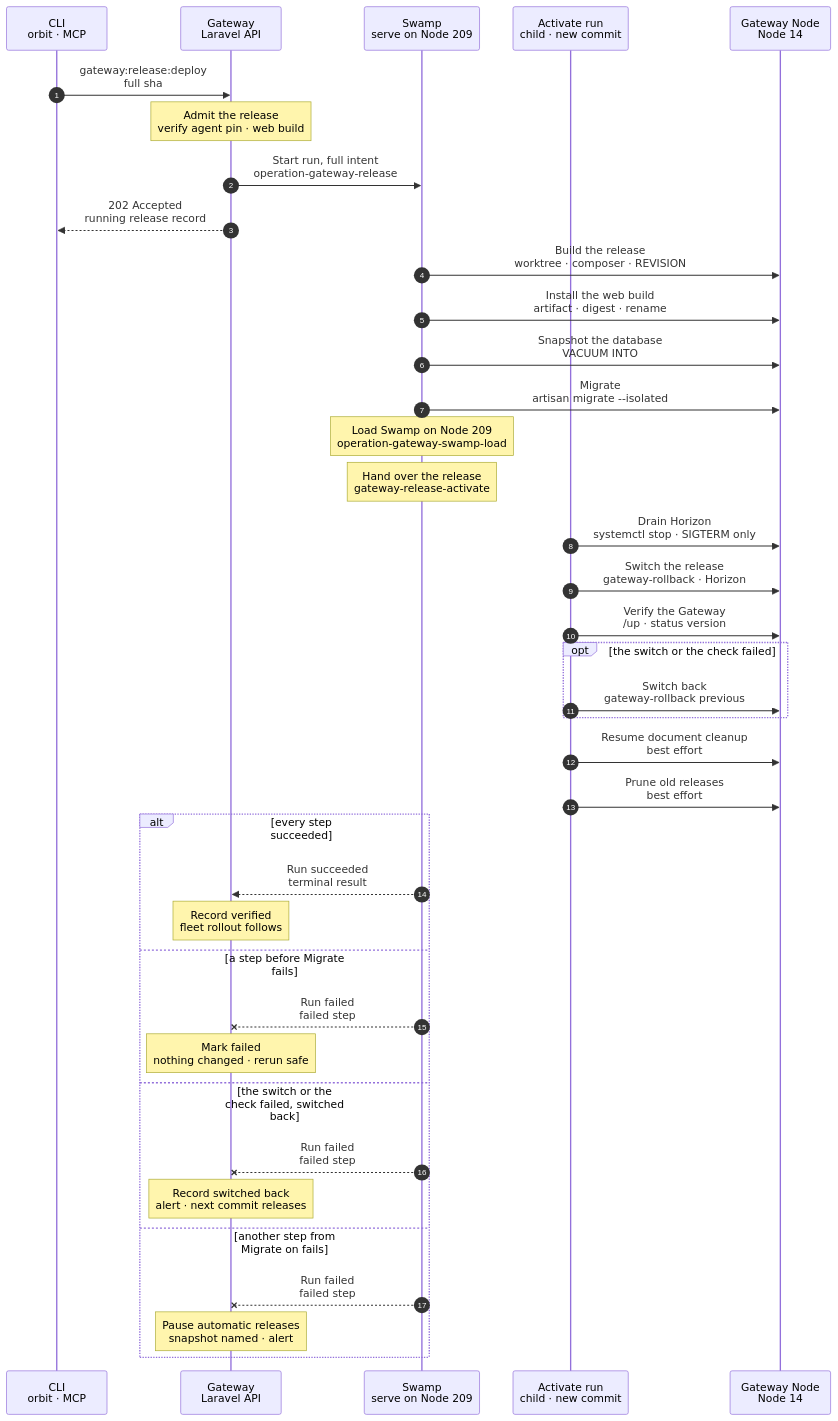
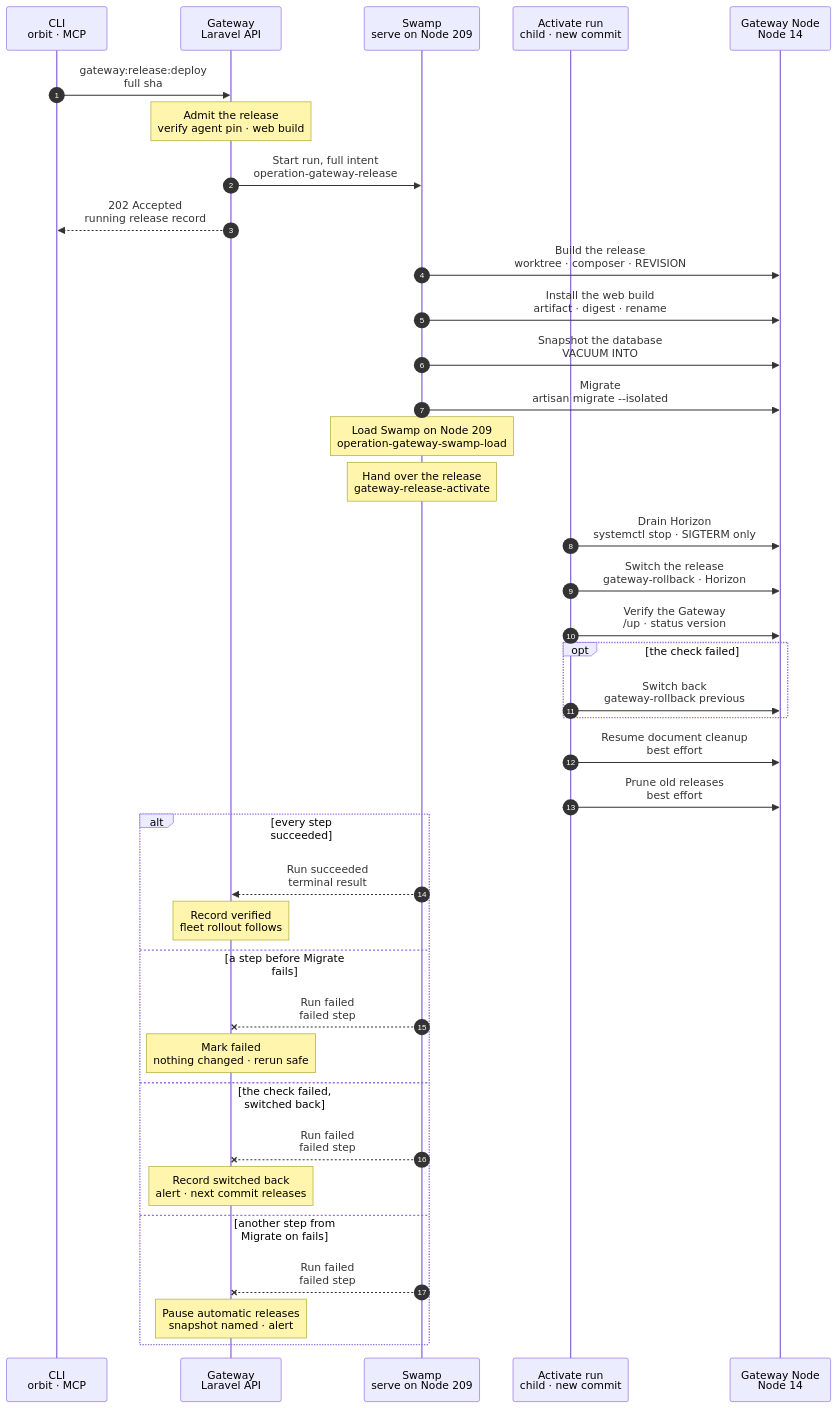
One commit to hardimpactdev/orbit changed the diagram in docs/cli/gateway/release-deploy.mmd. Above: the diagram before and after it, drawn with Mermaid. The commit also changed 6 other files, not shown here.

Commit message:
fix(gateway): the switch-back marks the run, since the Gateway reads only the parent step's failure

```diff
--- a/docs/cli/gateway/release-deploy.mmd
+++ b/docs/cli/gateway/release-deploy.mmd
@@ -1,72 +1,72 @@
 sequenceDiagram
   %% Target design: docs/reference/feature-flow.md section 6, one Swamp workflow per Gateway release, manual or automatic.
-  %% A failed switch or check switches back; migrations are expand and contract. docs/reference/gateway-recovery.md#release-as-a-swamp-run.
+  %% A failed check switches back; migrations are expand and contract. docs/reference/gateway-recovery.md#release-as-a-swamp-run.
   %% status: reviewed
   %% command: gateway:release:deploy
   %% kind: gateway.release
   %% behavior name: gateway-release-<step>-209 (fixed)
   autonumber
   %% lane TR icon=terminal pill=caller tone=gray
   %% lane GW icon=gateway pill=intent tone=blue
   %% lane SW icon=workflow pill=executes tone=green
   %% lane AC icon=workflow pill=child tone=green
   %% lane GN icon=server pill=target tone=amber
   participant TR as CLI<br/>orbit · MCP
   participant GW as Gateway<br/>Laravel API
   participant SW as Swamp<br/>serve on Node 209
   participant AC as Activate run<br/>child · new commit
   participant GN as Gateway Node<br/>Node 14
   TR->>GW: gateway:release:deploy<br/>full sha
   %%> Command:
   %%> - `orbit gateway:release:deploy <full sha>`; the automatic tick admits the newest green commit the same way
   Note over GW: Admit the release<br/>verify agent pin · web build
   %%> Requirements:
   %%> - the full commit; no other release queued or running; no staged hold
   %%> - the agent pin passes its Sigstore check; CI published the commit's web build
   %%> Result:
   %%> - a running release record; the pin, artifact, Horizon unit and SSH targets frozen as inputs
   GW->>SW: Start run, full intent<br/>operation-gateway-release
   %%> What it does:
   %%> - at run start, mints one read token (contents, actions) into the vault
   GW-->>TR: 202 Accepted<br/>running release record
   SW->>GN: Build the release<br/>worktree · composer · REVISION
   %%> What it does:
   %%> - fetches the commit, refuses one that does not descend from the current release
   %%> - links shared env and storage, installs dependencies, seals with `REVISION` and a cached config
   %%> - a sealed release of the commit is reused
   SW->>GN: Install the web build<br/>artifact · digest · rename
   SW->>GN: Snapshot the database<br/>VACUUM INTO
   SW->>GN: Migrate<br/>artisan migrate --isolated
   %%> On failure:
   %%> - from here until the switch, the release pauses with the old release live
   Note over SW: Load Swamp on Node 209<br/>operation-gateway-swamp-load
   %%> What it does:
   %%> - the load child: checkout, grants the new release rendered, serve reload
   Note over SW: Hand over the release<br/>gateway-release-activate
   %%> Why:
   %%> - the child runs from the definition the load installed, so the switch runs the new commit's steps
   AC->>GN: Drain Horizon<br/>systemctl stop · SIGTERM only
   AC->>GN: Switch the release<br/>gateway-rollback · Horizon
   %%> Why:
   %%> - the same script an operator rolls back with: links, PHP-FPM reload, running services restart
   AC->>GN: Verify the Gateway<br/>/up · status version
-  opt the switch or the check failed
+  opt the check failed
     AC->>GN: Switch back<br/>gateway-rollback previous
   end
   AC->>GN: Resume document cleanup<br/>best effort
   %%> Why:
   %%> - the scheduler restart paused the release cleanups; one that stays paused never fails the release
   AC->>GN: Prune old releases<br/>best effort
   alt every step succeeded
     SW-->>GW: Run succeeded<br/>terminal result
     Note over GW: Record verified<br/>fleet rollout follows
   else a step before Migrate fails
     SW--xGW: Run failed<br/>failed step
     Note over GW: Mark failed<br/>nothing changed · rerun safe
-  else the switch or the check failed, switched back
+  else the check failed, switched back
     SW--xGW: Run failed<br/>failed step
     Note over GW: Record switched back<br/>alert · next commit releases
   else another step from Migrate on fails
     SW--xGW: Run failed<br/>failed step
     Note over GW: Pause automatic releases<br/>snapshot named · alert
   end
```
